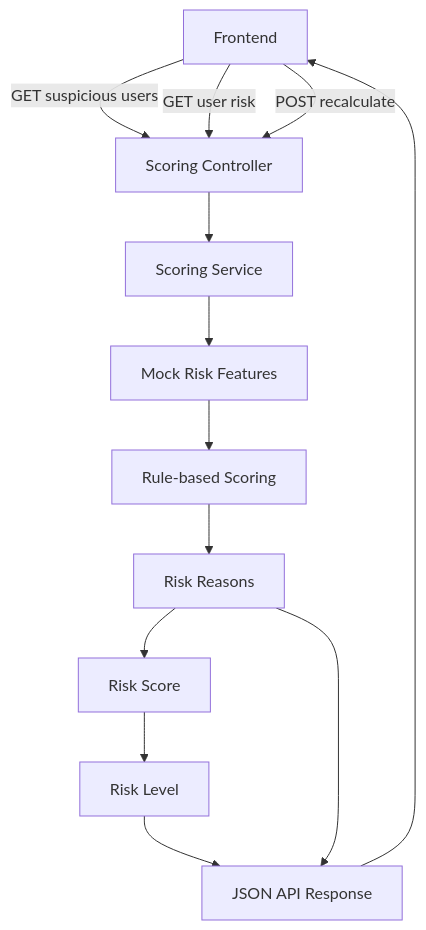
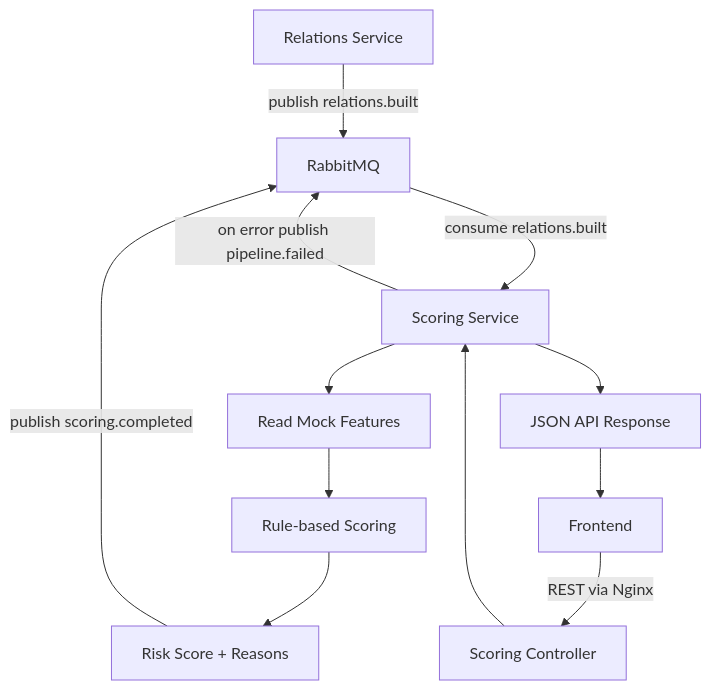
The diagram in backend/scoring-service/README.md (suxarikiii/Anti-Frod-Detector), drawn with Mermaid before and after one commit. The commit also changed other lines of this file and 9 other files, not shown here.

Commit message:
feat(scoring-service): add RabbitMQ && docs(scoring-service): correct links

````diff
--- a/backend/scoring-service/README.md
+++ b/backend/scoring-service/README.md
@@ -21,18 +22,17 @@
 ```mermaid
 flowchart TD
-    A[Frontend] -->|GET suspicious users| B[Scoring Controller]
-    A -->|GET user risk| B
-    A -->|POST recalculate| B
+    A[Relations Service] -->|publish relations.built| B[RabbitMQ]
+    B -->|consume relations.built| C[Scoring Service]
 
-    B --> C[Scoring Service]
-    C --> D[Mock Risk Features]
+    C --> D[Read Mock Features]
     D --> E[Rule-based Scoring]
+    E --> F[Risk Score + Reasons]
 
-    E --> F[Risk Reasons]
-    F --> G[Risk Score]
-    G --> H[Risk Level]
+    F -->|publish scoring.completed| B
+    C -->|on error publish pipeline.failed| B
 
-    H --> I[JSON API Response]
-    F --> I
-    I --> A
+    G[Frontend] -->|REST via Nginx| H[Scoring Controller]
+    H --> C
+    C --> I[JSON API Response]
+    I --> G
 ```
````
